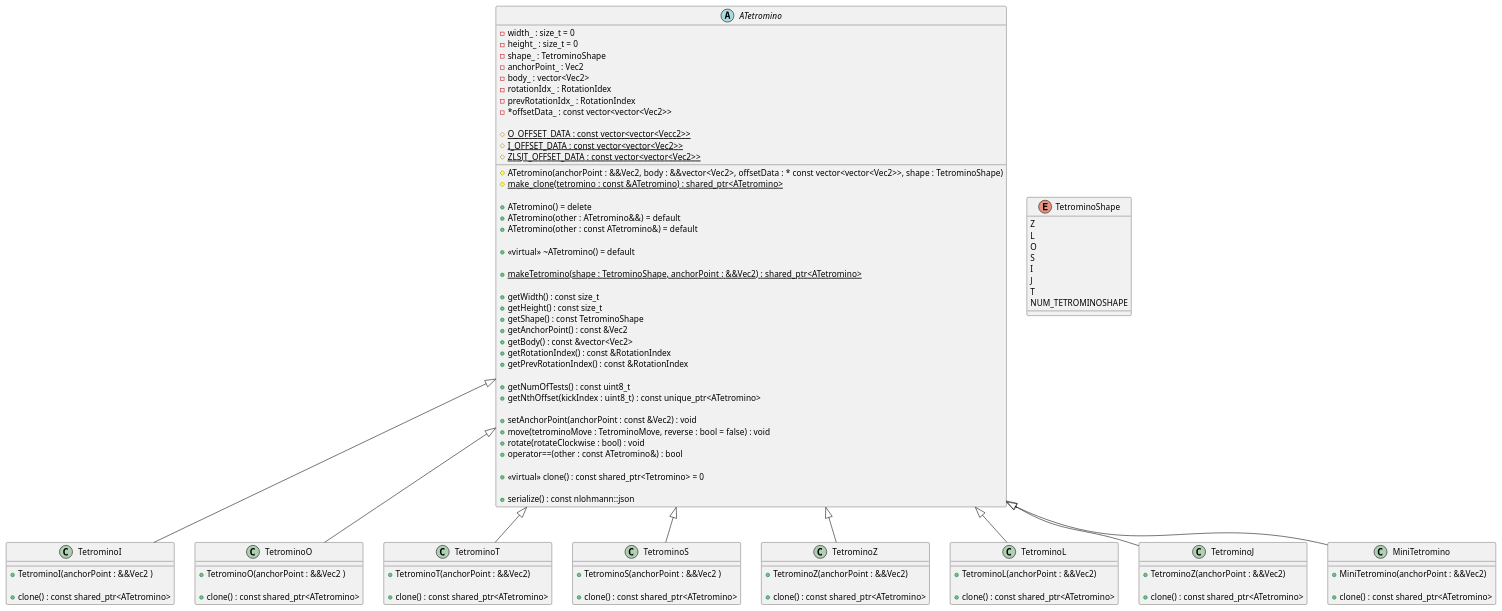
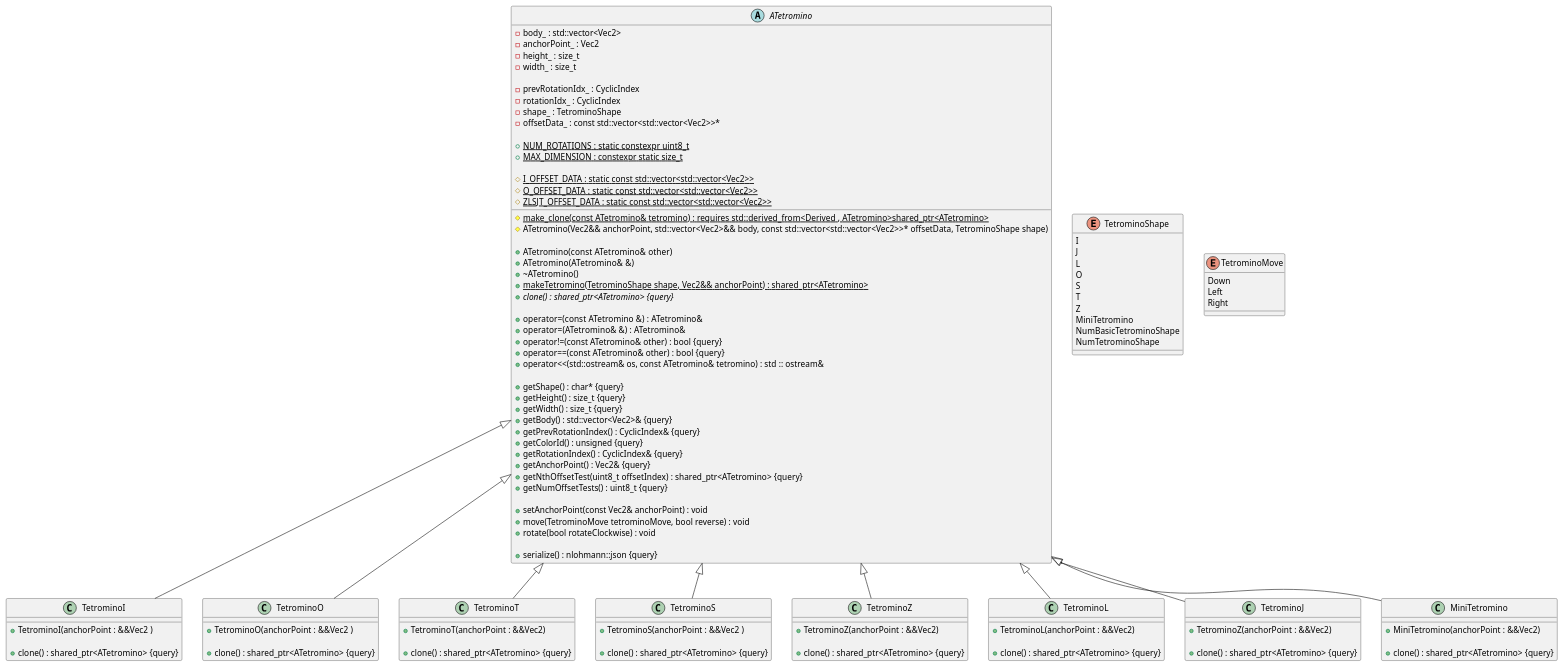
Before and after one commit to ulb-info2-group5/Royal-Blocks: the diagram in doc/uml/class/game/tetris_lib/TetrominoesClass.plantuml, drawn with PlantUML. The commit also changed 74 other files, not shown here.

```diff
--- a/doc/uml/class/game/tetris_lib/TetrominoesClass.plantuml
+++ b/doc/uml/class/game/tetris_lib/TetrominoesClass.plantuml
@@ -1,132 +1,133 @@
 @startuml (id=ATetromino)
 
 ' skinparam class {
     '     BackgroundColor AntiqueWhite
     '}
 
 
 abstract class ATetromino {
-    - width_ : size_t = 0
-    - height_ : size_t = 0
-    - shape_ : TetrominoShape
-    - anchorPoint_ : Vec2
-    - body_ : vector<Vec2>
-    '----SRS----'
-    -rotationIdx_ : RotationIdex
-    -prevRotationIdx_ : RotationIndex
-    -*offsetData_ : const vector<vector<Vec2>>
+	-body_ : std::vector<Vec2>
+	-anchorPoint_ : Vec2
+	-height_ : size_t
+	-width_ : size_t
 
-    '----kick data----'
-    # {static} O_OFFSET_DATA : const vector<vector<Vecc2>>
-    # {static} I_OFFSET_DATA : const vector<vector<Vec2>>
-    # {static} ZLSJT_OFFSET_DATA : const vector<vector<Vec2>>
+	-prevRotationIdx_ : CyclicIndex
+	-rotationIdx_ : CyclicIndex
+	-shape_ : TetrominoShape
+	-offsetData_ : const std::vector<std::vector<Vec2>>*
 
+	+{static} NUM_ROTATIONS : static constexpr uint8_t
+	+{static} MAX_DIMENSION : constexpr static size_t
 
-    # ATetromino(anchorPoint : &&Vec2, body : &&vector<Vec2>, offsetData : * const vector<vector<Vec2>>, shape : TetrominoShape)
-    # {static} make_clone(tetromino : const &ATetromino) : shared_ptr<ATetromino>
+	#{static} I_OFFSET_DATA : static const std::vector<std::vector<Vec2>>
+	#{static} O_OFFSET_DATA : static const std::vector<std::vector<Vec2>>
+	#{static} ZLSJT_OFFSET_DATA : static const std::vector<std::vector<Vec2>>
 
-    + ATetromino() = delete
-    + ATetromino(other : ATetromino&&) = default
-    + ATetromino(other : const ATetromino&) = default
+	#{static} make_clone(const ATetromino& tetromino) : requires std::derived_from<Derived , ATetromino>shared_ptr<ATetromino>
+	#ATetromino(Vec2&& anchorPoint, std::vector<Vec2>&& body, const std::vector<std::vector<Vec2>>* offsetData, TetrominoShape shape)
 
-    '----Destructor----'
-    + <<virtual>> ~ATetromino() = default
+	+ATetromino(const ATetromino& other)
+	+ATetromino(ATetromino& &)
+	+~ATetromino()
+	+{static} makeTetromino(TetrominoShape shape, Vec2&& anchorPoint) : shared_ptr<ATetromino>
+	+{abstract} clone() : shared_ptr<ATetromino> {query}
 
-    '----Factory----'
-    + {static} makeTetromino(shape : TetrominoShape, anchorPoint : &&Vec2) : shared_ptr<ATetromino>
+	+operator=(const ATetromino &) : ATetromino&
+	+operator=(ATetromino& &) : ATetromino&
+	+operator!=(const ATetromino& other) : bool {query}
+	+operator==(const ATetromino& other) : bool {query}
+	+operator<<(std::ostream& os, const ATetromino& tetromino) : std :: ostream&
+	
+	+getShape() : char* {query}
+	+getHeight() : size_t {query}
+	+getWidth() : size_t {query}
+	+getBody() : std::vector<Vec2>& {query}
+	+getPrevRotationIndex() : CyclicIndex& {query}
+	+getColorId() : unsigned {query}
+	+getRotationIndex() : CyclicIndex& {query}
+	+getAnchorPoint() : Vec2& {query}
+	+getNthOffsetTest(uint8_t offsetIndex) : shared_ptr<ATetromino> {query}
+	+getNumOffsetTests() : uint8_t {query}
 
-    '----Getters----'
-    + getWidth() : const size_t
-    + getHeight() : const size_t
-    + getShape() : const TetrominoShape
-    + getAnchorPoint() : const &Vec2   
-    + getBody() : const &vector<Vec2>
-    + getRotationIndex() : const &RotationIndex
-    + getPrevRotationIndex() : const &RotationIndex
+	+setAnchorPoint(const Vec2& anchorPoint) : void
+	+move(TetrominoMove tetrominoMove, bool reverse) : void
+	+rotate(bool rotateClockwise) : void
 
-    + getNumOfTests() : const uint8_t
-    + getNthOffset(kickIndex : uint8_t) : const unique_ptr<ATetromino>
-
-    '----Setters----'
-    + setAnchorPoint(anchorPoint : const &Vec2) : void
-    + move(tetrominoMove : TetrominoMove, reverse : bool = false) : void
-    + rotate(rotateClockwise : bool) : void
-
-    '----Action----'
-
-    '----Comparisons----'
-    + operator==(other : const ATetromino&) : bool
-
-    + <<virtual>> clone() : const shared_ptr<Tetromino> = 0
-
-    + serialize() : const nlohmann::json
-    
+	+serialize() : nlohmann::json {query}
 }
 
 
 enum TetrominoShape {
-    Z
-    L
-    O
-    S
-    I
-    J
-    T
-    NUM_TETROMINOSHAPE
+	I
+	J
+	L
+	O
+	S
+	T
+	Z
+	MiniTetromino
+	NumBasicTetrominoShape
+	NumTetrominoShape
+}
+
+enum TetrominoMove {
+	Down
+	Left
+	Right
 }
 
 class TetrominoI extends ATetromino {
 
     +TetrominoI(anchorPoint : &&Vec2 )
 
-    + clone() : const shared_ptr<ATetromino>
+    + clone() : shared_ptr<ATetromino> {query}
 }
 class TetrominoO extends ATetromino {
 
     +TetrominoO(anchorPoint : &&Vec2 )
 
-    + clone() : const shared_ptr<ATetromino>
+    + clone() : shared_ptr<ATetromino> {query}
 
 }
 class TetrominoT extends ATetromino {
 
     +TetrominoT(anchorPoint : &&Vec2)
 
-    + clone() : const shared_ptr<ATetromino>
+    + clone() : shared_ptr<ATetromino> {query}
 }
 
 class TetrominoS extends ATetromino {
 
     +TetrominoS(anchorPoint : &&Vec2 )
 
-    + clone() : const shared_ptr<ATetromino>
+    + clone() : shared_ptr<ATetromino> {query}
 }
 
 class TetrominoZ extends ATetromino {
 
     +TetrominoZ(anchorPoint : &&Vec2)
 
-    + clone() : const shared_ptr<ATetromino>
+    + clone() : shared_ptr<ATetromino> {query}
 }
 
 class TetrominoL extends ATetromino {
 
     +TetrominoL(anchorPoint : &&Vec2)
 
-    + clone() : const shared_ptr<ATetromino>
+    + clone() : shared_ptr<ATetromino> {query}
 }
 
 class TetrominoJ extends ATetromino {
 
     +TetrominoZ(anchorPoint : &&Vec2)
 
-    + clone() : const shared_ptr<ATetromino>
+    + clone() : shared_ptr<ATetromino> {query}
 }
 
 class MiniTetromino extends ATetromino {
     + MiniTetromino(anchorPoint : &&Vec2)
 
-    + clone() : const shared_ptr<ATetromino>
+    + clone() : shared_ptr<ATetromino> {query}
 }
 
 @enduml
```
